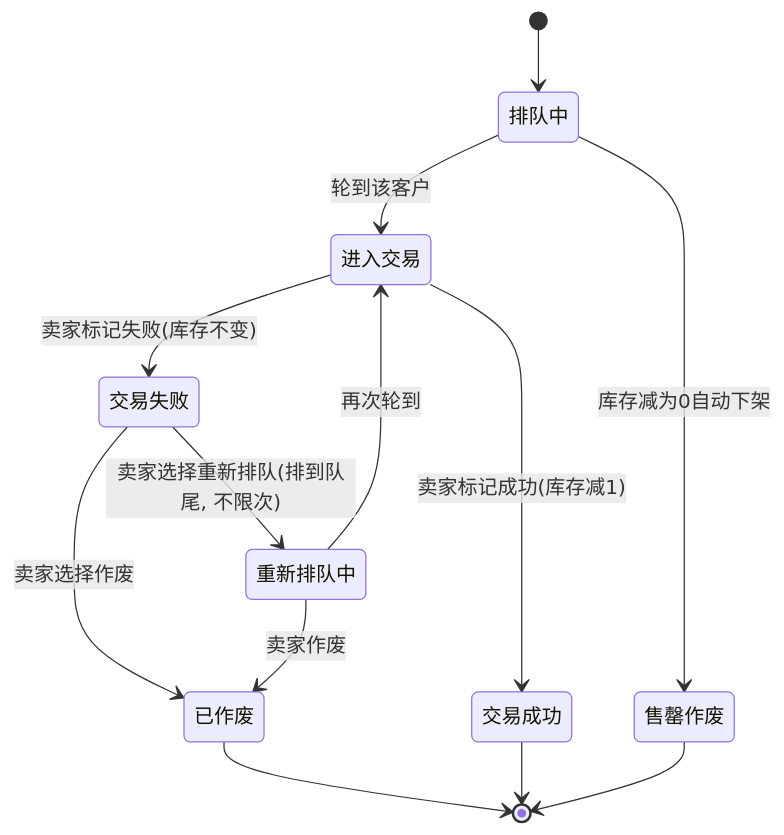
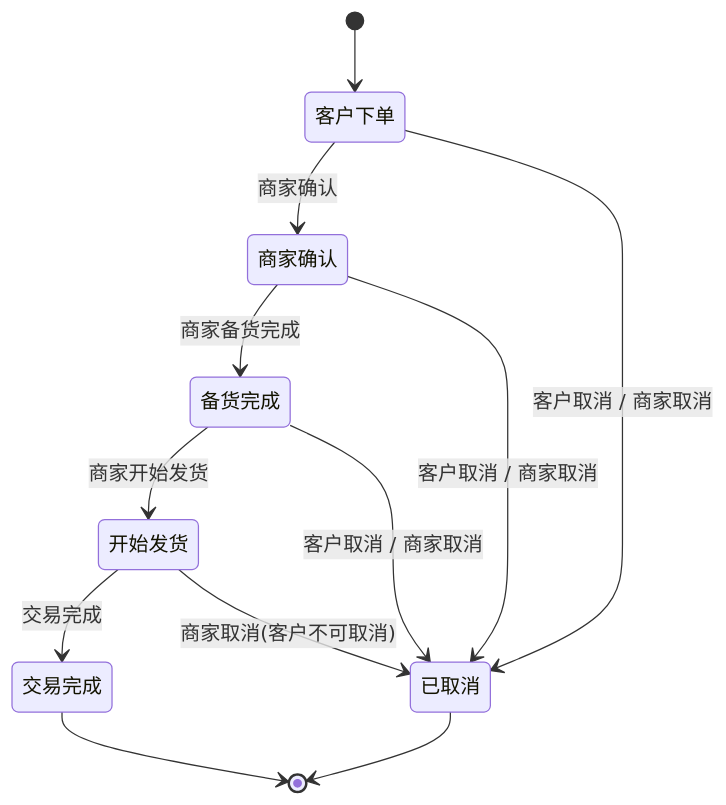
Before and after one commit to tyq-arch/single-merchant-shop-9: the fifth of 6 diagrams in Requirement Analysis/需求规格说明书-更新版.md, drawn with Mermaid. The commit also changed other lines of this file, not shown here.

````diff
--- a/Requirement Analysis/需求规格说明书-更新版.md
+++ b/Requirement Analysis/需求规格说明书-更新版.md
@@ -273,15 +262,14 @@
 ```mermaid
 stateDiagram-v2
-    [*] --> 排队中
-    排队中 --> 进入交易: 轮到该客户
-    排队中 --> 售罄作废: 库存减为0自动下架
-    进入交易 --> 交易成功: 卖家标记成功(库存减1)
-    进入交易 --> 交易失败: 卖家标记失败(库存不变)
-    交易失败 --> 已作废: 卖家选择作废
-    交易失败 --> 重新排队中: 卖家选择重新排队(排到队尾, 不限次)
-    重新排队中 --> 进入交易: 再次轮到
-    重新排队中 --> 已作废: 卖家作废
-    已作废 --> [*]
-    交易成功 --> [*]
-    售罄作废 --> [*]
+    [*] --> 客户下单
+    客户下单 --> 商家确认: 商家确认
+    客户下单 --> 已取消: 客户取消 / 商家取消
+    商家确认 --> 备货完成: 商家备货完成
+    商家确认 --> 已取消: 客户取消 / 商家取消
+    备货完成 --> 开始发货: 商家开始发货
+    备货完成 --> 已取消: 客户取消 / 商家取消
+    开始发货 --> 交易完成: 交易完成
+    开始发货 --> 已取消: 商家取消(客户不可取消)
+    交易完成 --> [*]
+    已取消 --> [*]
 ```
````
